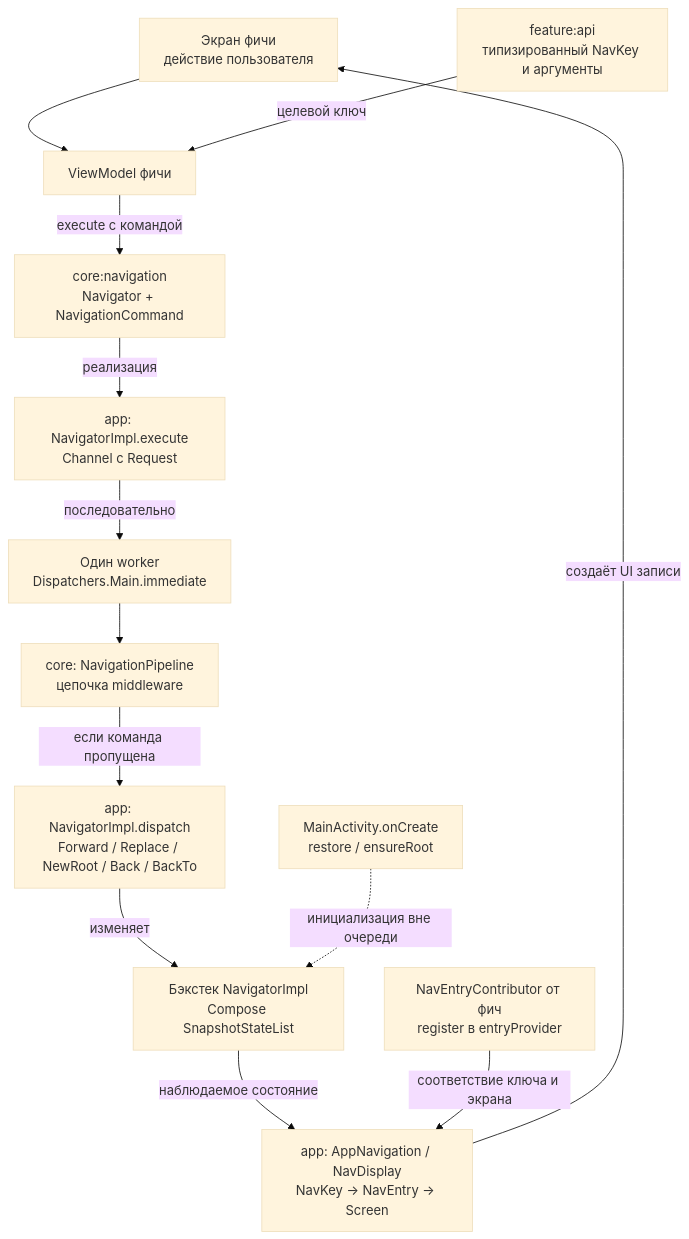
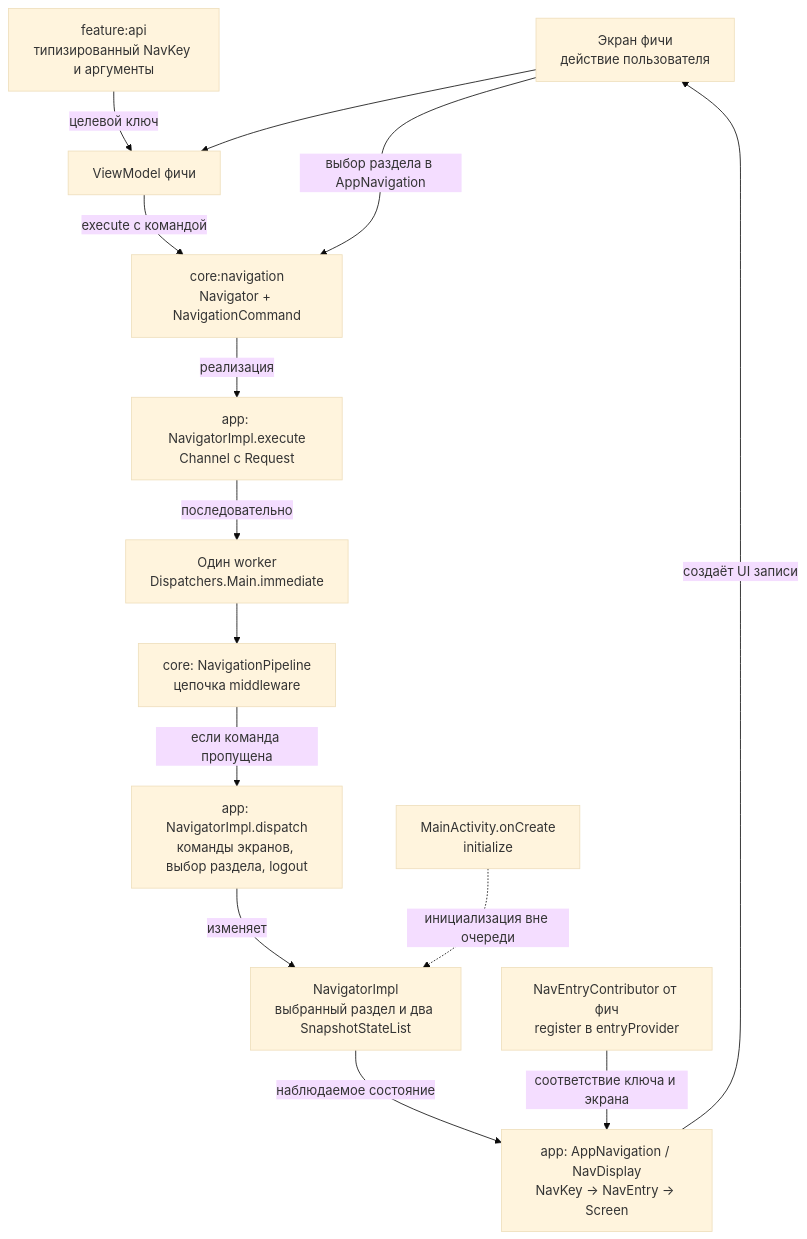
The first of 6 diagrams in docs/navigation.md (akma302/NavPlayground), drawn with Mermaid (base theme) before and after one commit. The commit also changed other lines of this file and 9 other files, not shown here.

````diff
--- a/docs/navigation.md
+++ b/docs/navigation.md
@@ -9,27 +8,28 @@
 ```mermaid
 flowchart TB
     Screen["Экран фичи<br/>действие пользователя"]
     VM["ViewModel фичи"]
     API["feature:api<br/>типизированный NavKey и аргументы"]
     Contract["core:navigation<br/>Navigator + NavigationCommand"]
     Queue["app: NavigatorImpl.execute<br/>Channel с Request"]
     Worker["Один worker<br/>Dispatchers.Main.immediate"]
     Pipeline["core: NavigationPipeline<br/>цепочка middleware"]
-    Dispatch["app: NavigatorImpl.dispatch<br/>Forward / Replace / NewRoot / Back / BackTo"]
-    Stack["Бэкстек NavigatorImpl<br/>Compose SnapshotStateList"]
+    Dispatch["app: NavigatorImpl.dispatch<br/>команды экранов, выбор раздела, logout"]
+    Stack["NavigatorImpl<br/>выбранный раздел и два SnapshotStateList"]
     Entries["NavEntryContributor от фич<br/>register в entryProvider"]
     Display["app: AppNavigation / NavDisplay<br/>NavKey → NavEntry → Screen"]
-    Startup["MainActivity.onCreate<br/>restore / ensureRoot"]
+    Startup["MainActivity.onCreate<br/>initialize"]
     Screen --> VM
     API -->|целевой ключ| VM
     VM -->|execute с командой| Contract
+    Screen -->|выбор раздела в AppNavigation| Contract
     Contract -->|реализация| Queue
     Queue -->|последовательно| Worker
     Worker --> Pipeline
     Pipeline -->|если команда пропущена| Dispatch
     Dispatch -->|изменяет| Stack
     Stack -->|наблюдаемое состояние| Display
     Entries -->|соответствие ключа и экрана| Display
     Display -->|создаёт UI записи| Screen
     Startup -.->|инициализация вне очереди| Stack
 ```
````
